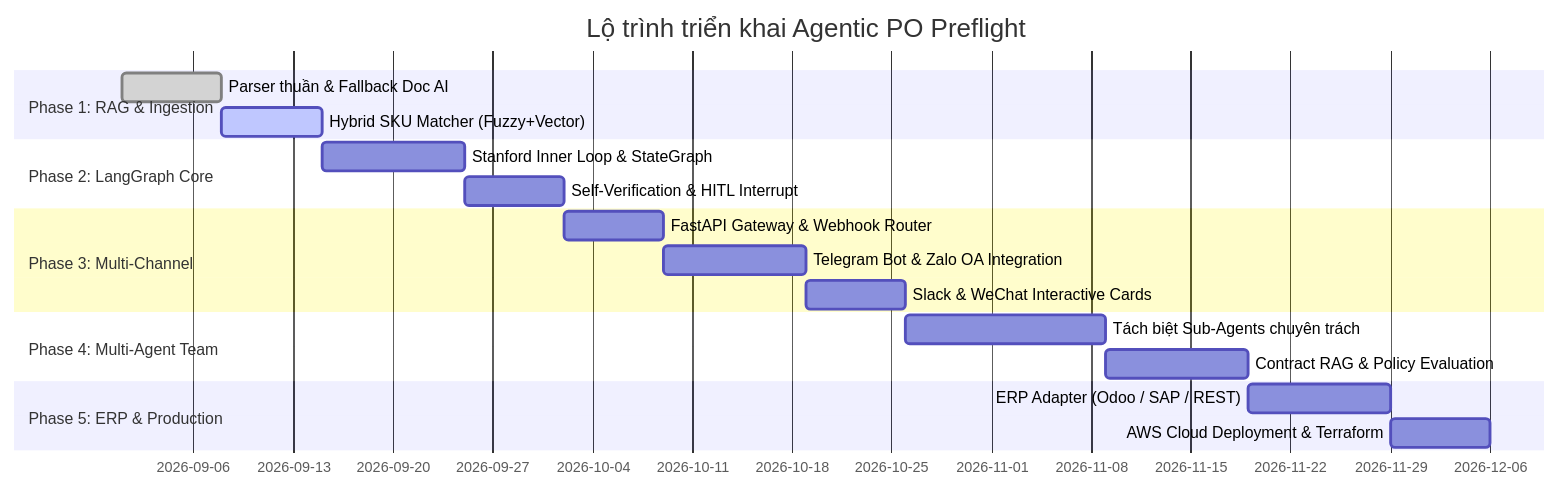
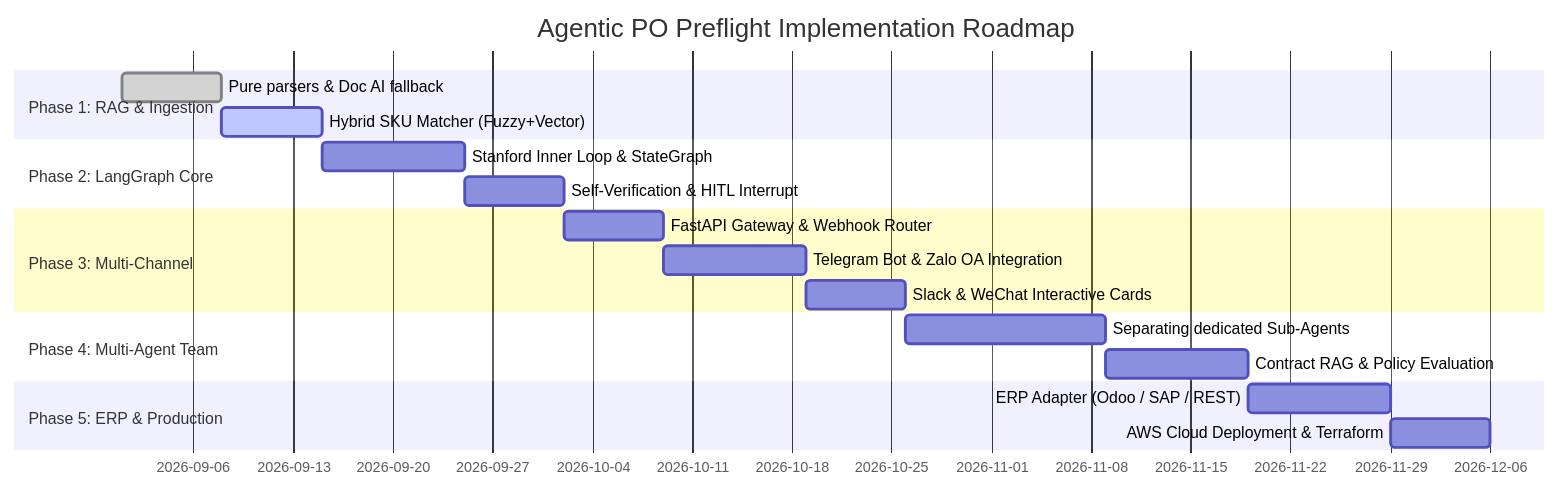
One commit to brianhuynh2021/po-preflight changed the diagram in docs/ROADMAP.md. Above: the diagram before and after it, drawn with Mermaid. The commit also changed other lines of this file and 21 other files, not shown here.

````diff
--- a/docs/ROADMAP.md
+++ b/docs/ROADMAP.md
@@ -7,21 +7,21 @@
 ```mermaid
 gantt
-    title Lộ trình triển khai Agentic PO Preflight
+    title Agentic PO Preflight Implementation Roadmap
     dateFormat  YYYY-MM-DD
     section Phase 1: RAG & Ingestion
-    Parser thuần & Fallback Doc AI       :done, p1_1, 2026-09-01, 7d
+    Pure parsers & Doc AI fallback       :done, p1_1, 2026-09-01, 7d
     Hybrid SKU Matcher (Fuzzy+Vector)     :active, p1_2, 2026-09-08, 7d
     section Phase 2: LangGraph Core
     Stanford Inner Loop & StateGraph     :p2_1, 2026-09-15, 10d
     Self-Verification & HITL Interrupt   :p2_2, 2026-09-25, 7d
     section Phase 3: Multi-Channel
     FastAPI Gateway & Webhook Router     :p3_1, 2026-10-02, 7d
     Telegram Bot & Zalo OA Integration   :p3_2, 2026-10-09, 10d
     Slack & WeChat Interactive Cards     :p3_3, 2026-10-19, 7d
     section Phase 4: Multi-Agent Team
-    Tách biệt Sub-Agents chuyên trách   :p4_1, 2026-10-26, 14d
+    Separating dedicated Sub-Agents      :p4_1, 2026-10-26, 14d
     Contract RAG & Policy Evaluation     :p4_2, 2026-11-09, 10d
     section Phase 5: ERP & Production
     ERP Adapter (Odoo / SAP / REST)      :p5_1, 2026-11-19, 10d
     AWS Cloud Deployment & Terraform     :p5_2, 2026-11-29, 7d
 ```
````
